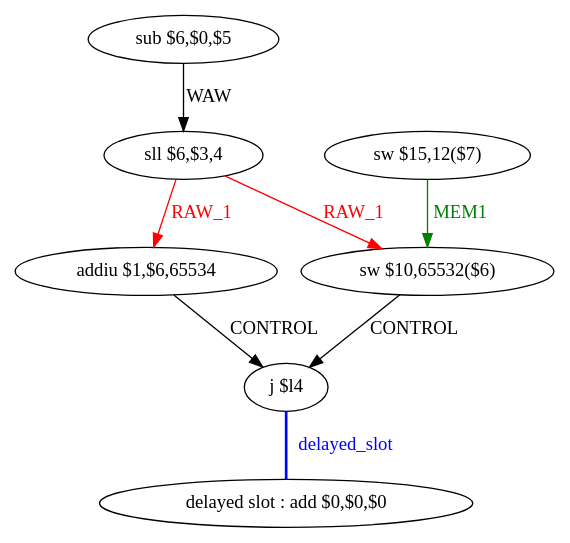
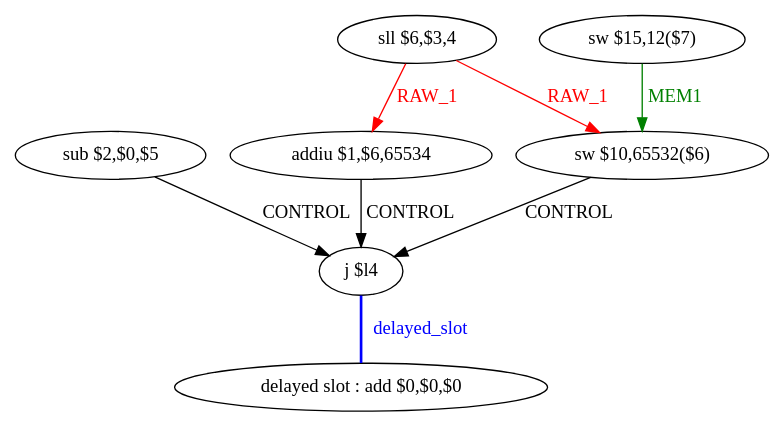
The diagram in CoursCA/CodeEtudiant2019/CodeEtudiant/tmp/test_td2_func_0_dfg_bb2_renamed.dot (KatiaAMICHI/CompilationAvanc-e), drawn with Graphviz before and after one commit. The commit also changed 19 other files, not shown here.

```diff
--- a/CoursCA/CodeEtudiant2019/CodeEtudiant/tmp/test_td2_func_0_dfg_bb2_renamed.dot
+++ b/CoursCA/CodeEtudiant2019/CodeEtudiant/tmp/test_td2_func_0_dfg_bb2_renamed.dot
@@ -1,17 +1,17 @@
 digraph G1 {
 node [shape = ellipse];
 i6 [label = " delayed slot : add $0,$0,$0"] ;
 i5 ->  i6 [style = bold, dir= none, fontcolor = blue, color = blue, label= "delayed_slot"];
 i5 [label = "j $l4"] ;
-i0 [label = "sub $6,$0,$5"] ;
-i0 ->  i1 [label= "WAW"];
+i0 [label = "sub $2,$0,$5"] ;
+i0 ->  i5 [label= "CONTROL"];
 i1 [label = "sll $6,$3,4"] ;
 i1 ->  i4 [color = red, fontcolor = red, label= "RAW_1"];
 i1 ->  i2 [color = red, fontcolor = red, label= "RAW_1"];
 i4 [label = "sw $10,65532($6)"] ;
 i4 ->  i5 [label= "CONTROL"];
 i2 [label = "addiu $1,$6,65534"] ;
 i2 ->  i5 [label= "CONTROL"];
 i3 [label = "sw $15,12($7)"] ;
 i3 ->  i4 [color = green, fontcolor = green, label= "MEM1"];
 }
```
